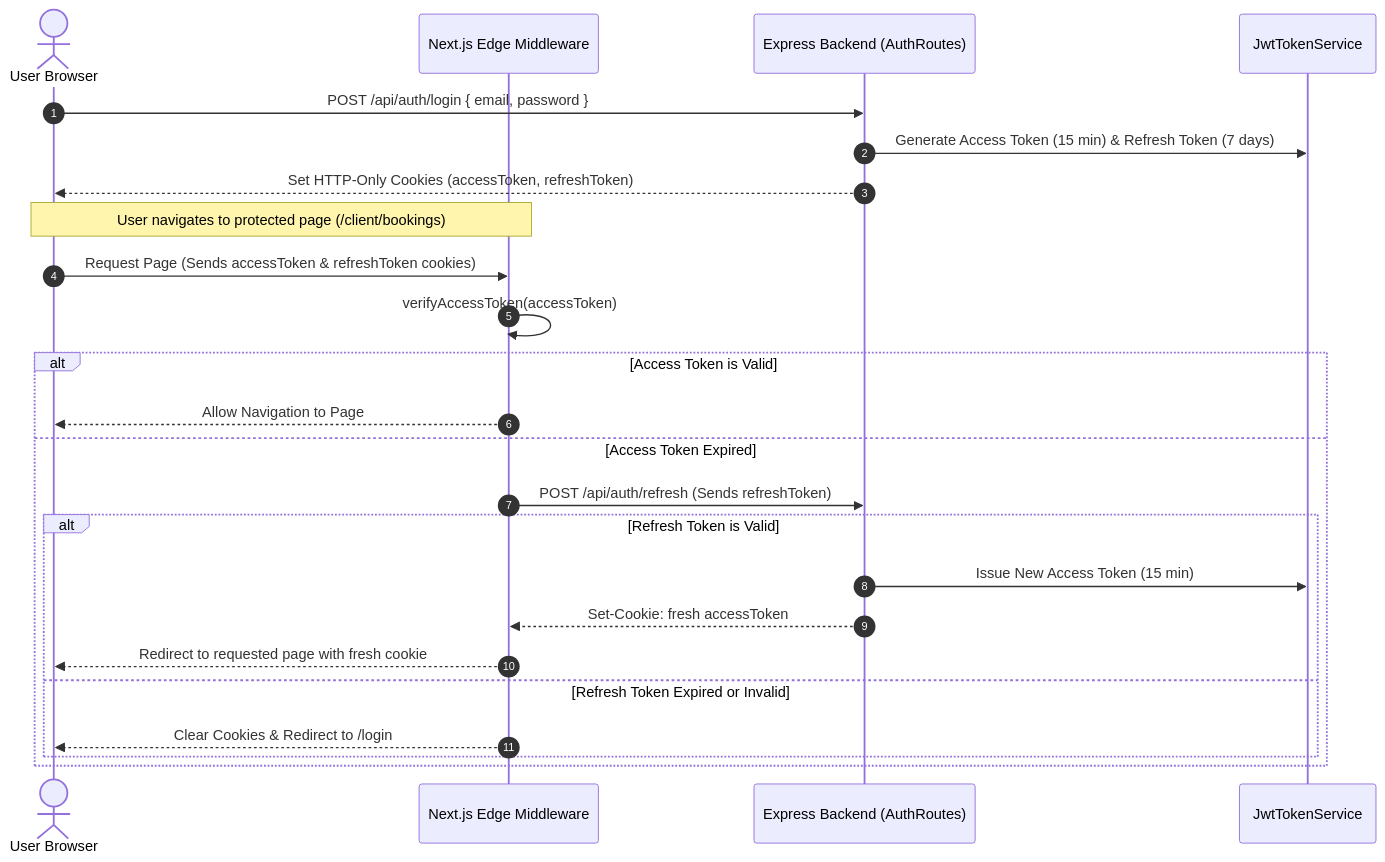
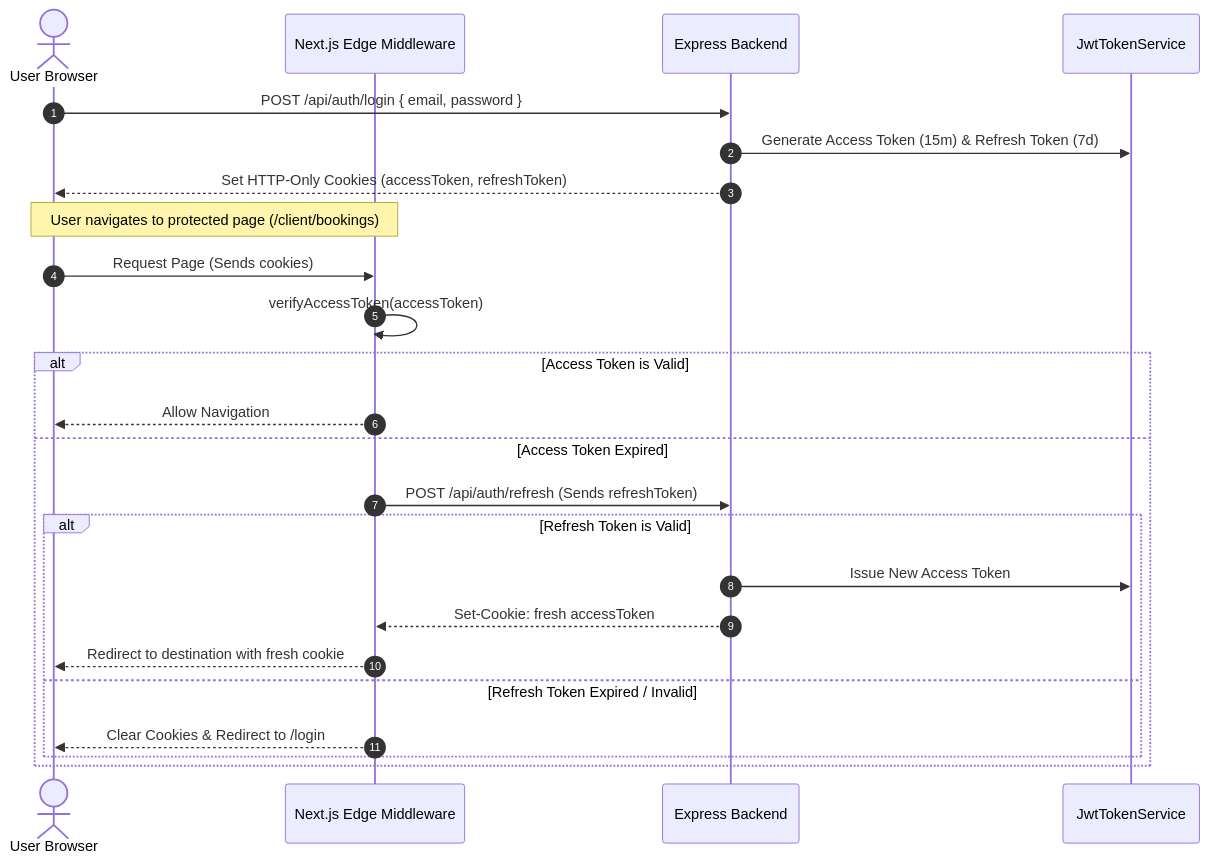
Before and after one commit to Adharshs07/Nest-and-Nail: diagram 15 of 16 in README.md, drawn with Mermaid. The commit also changed other lines of this file, not shown here.

````diff
--- a/README.md
+++ b/README.md
@@ -1105,28 +851,28 @@
 ```mermaid
 sequenceDiagram
     autonumber
     actor Client as User Browser
     participant Edge as Next.js Edge Middleware
-    participant Backend as Express Backend (AuthRoutes)
+    participant Backend as Express Backend
     participant TokenSvc as JwtTokenService
 
     Client->>Backend: POST /api/auth/login { email, password }
-    Backend->>TokenSvc: Generate Access Token (15 min) & Refresh Token (7 days)
+    Backend->>TokenSvc: Generate Access Token (15m) & Refresh Token (7d)
     Backend-->>Client: Set HTTP-Only Cookies (accessToken, refreshToken)
     
     Note over Client,Edge: User navigates to protected page (/client/bookings)
-    Client->>Edge: Request Page (Sends accessToken & refreshToken cookies)
+    Client->>Edge: Request Page (Sends cookies)
     Edge->>Edge: verifyAccessToken(accessToken)
     alt Access Token is Valid
-        Edge-->>Client: Allow Navigation to Page
+        Edge-->>Client: Allow Navigation
     else Access Token Expired
         Edge->>Backend: POST /api/auth/refresh (Sends refreshToken)
         alt Refresh Token is Valid
-            Backend->>TokenSvc: Issue New Access Token (15 min)
+            Backend->>TokenSvc: Issue New Access Token
             Backend-->>Edge: Set-Cookie: fresh accessToken
-            Edge-->>Client: Redirect to requested page with fresh cookie
-        else Refresh Token Expired or Invalid
+            Edge-->>Client: Redirect to destination with fresh cookie
+        else Refresh Token Expired / Invalid
             Edge-->>Client: Clear Cookies & Redirect to /login
         end
     end
 ```
````
